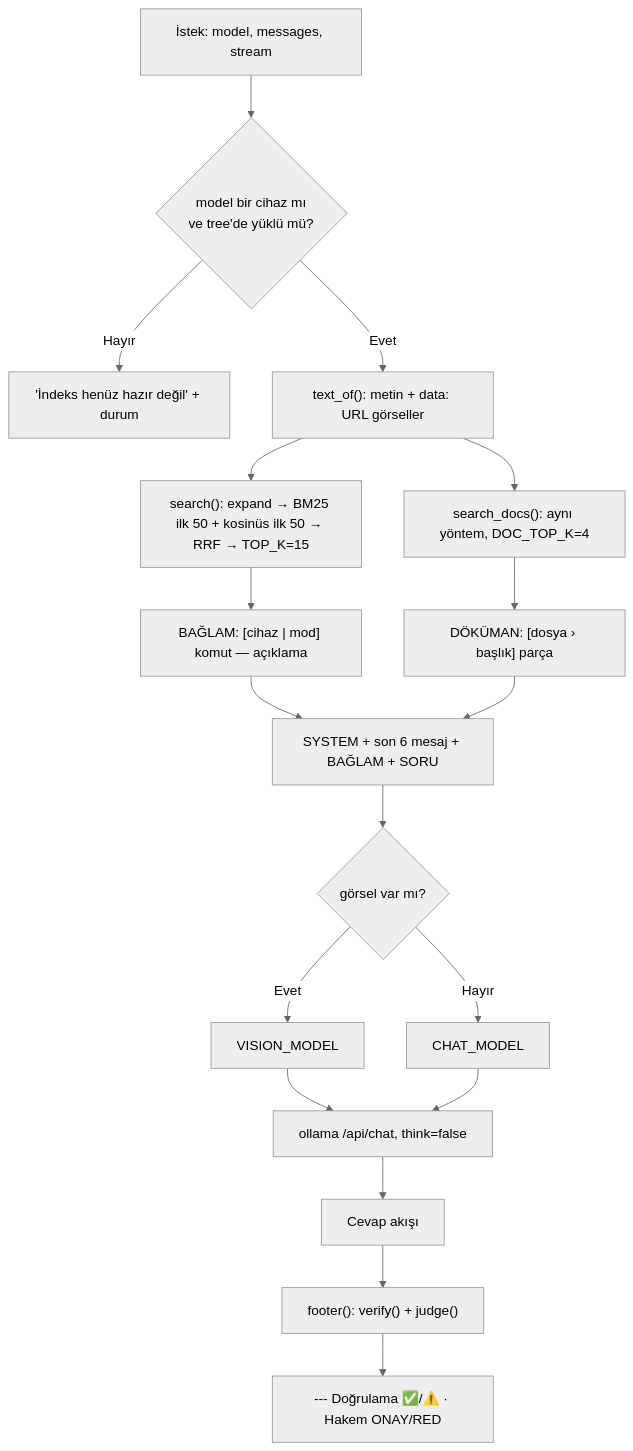
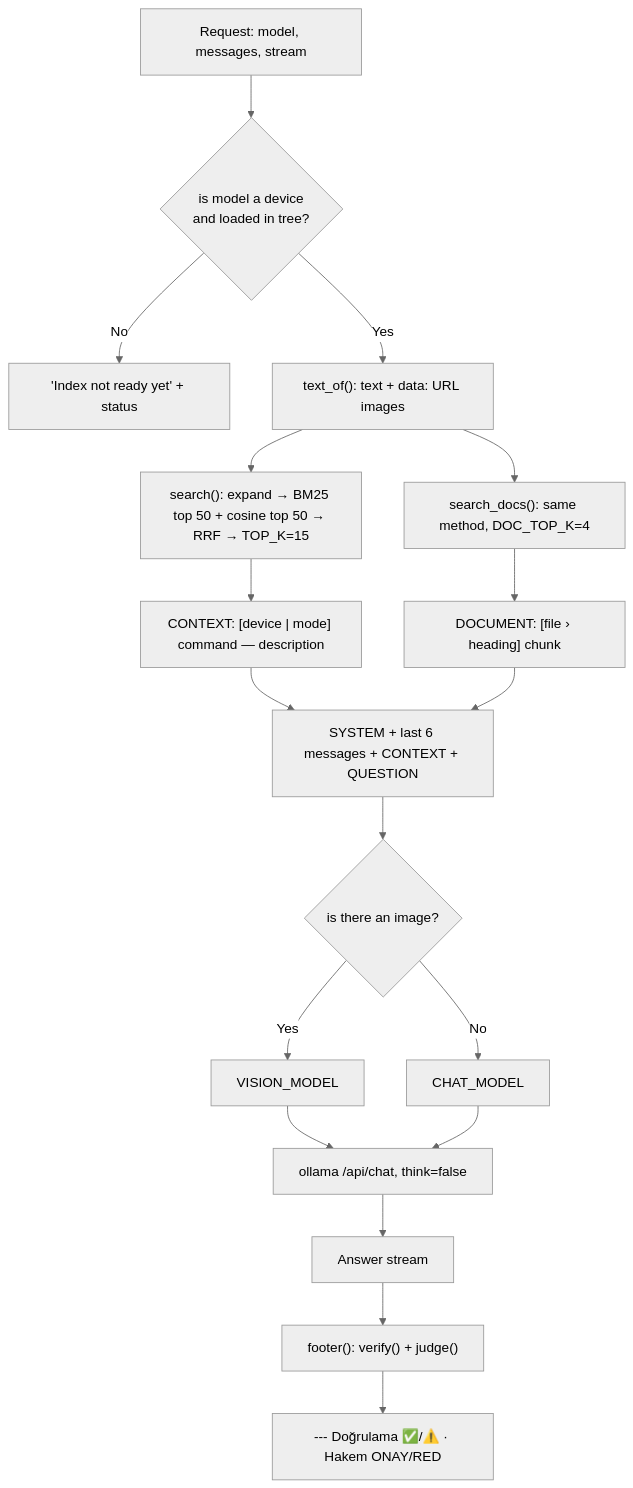
The fourth of 5 diagrams in docs/architecture.md (emreyigit-tasdelen/Sensei-Aruba), drawn with Mermaid (neutral theme) before and after one commit. The commit also changed other lines of this file and 16 other files, not shown here.

````diff
--- a/docs/architecture.md
+++ b/docs/architecture.md
@@ -170,20 +172,20 @@
 ```mermaid
 flowchart TD
-    A["İstek: model, messages, stream"] --> B{"model bir cihaz mı<br/>ve tree'de yüklü mü?"}
-    B -->|Hayır| B1["'İndeks henüz hazır değil' + durum"]
-    B -->|Evet| C["text_of(): metin + data: URL görseller"]
-    C --> D["search(): expand → BM25 ilk 50 + kosinüs ilk 50 → RRF → TOP_K=15"]
-    C --> E["search_docs(): aynı yöntem, DOC_TOP_K=4"]
-    D --> F["BAĞLAM: [cihaz | mod] komut — açıklama"]
-    E --> F2["DÖKÜMAN: [dosya › başlık] parça"]
-    F --> G["SYSTEM + son 6 mesaj + BAĞLAM + SORU"]
+    A["Request: model, messages, stream"] --> B{"is model a device<br/>and loaded in tree?"}
+    B -->|No| B1["'Index not ready yet' + status"]
+    B -->|Yes| C["text_of(): text + data: URL images"]
+    C --> D["search(): expand → BM25 top 50 + cosine top 50 → RRF → TOP_K=15"]
+    C --> E["search_docs(): same method, DOC_TOP_K=4"]
+    D --> F["CONTEXT: [device | mode] command — description"]
+    E --> F2["DOCUMENT: [file › heading] chunk"]
+    F --> G["SYSTEM + last 6 messages + CONTEXT + QUESTION"]
     F2 --> G
-    G --> H{"görsel var mı?"}
-    H -->|Evet| H1["VISION_MODEL"]
-    H -->|Hayır| H2["CHAT_MODEL"]
+    G --> H{"is there an image?"}
+    H -->|Yes| H1["VISION_MODEL"]
+    H -->|No| H2["CHAT_MODEL"]
     H1 --> I["ollama /api/chat, think=false"]
     H2 --> I
-    I --> J["Cevap akışı"]
+    I --> J["Answer stream"]
     J --> K["footer(): verify() + judge()"]
     K --> L["--- Doğrulama ✅/⚠️ · Hakem ONAY/RED"]
 ```
````
